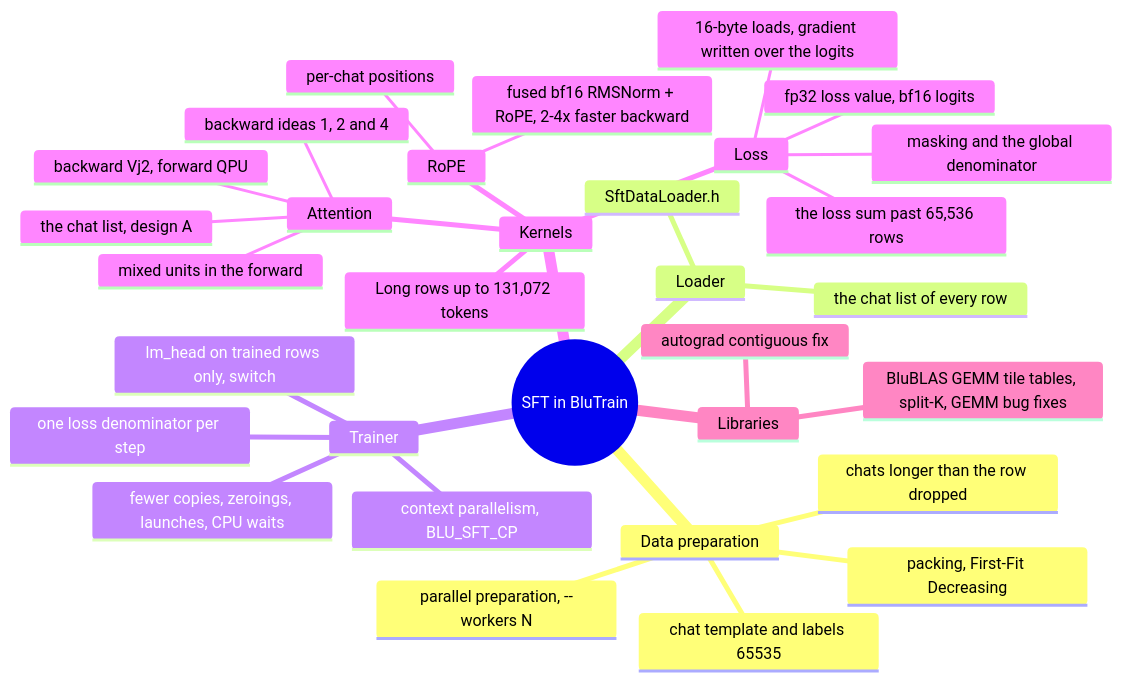
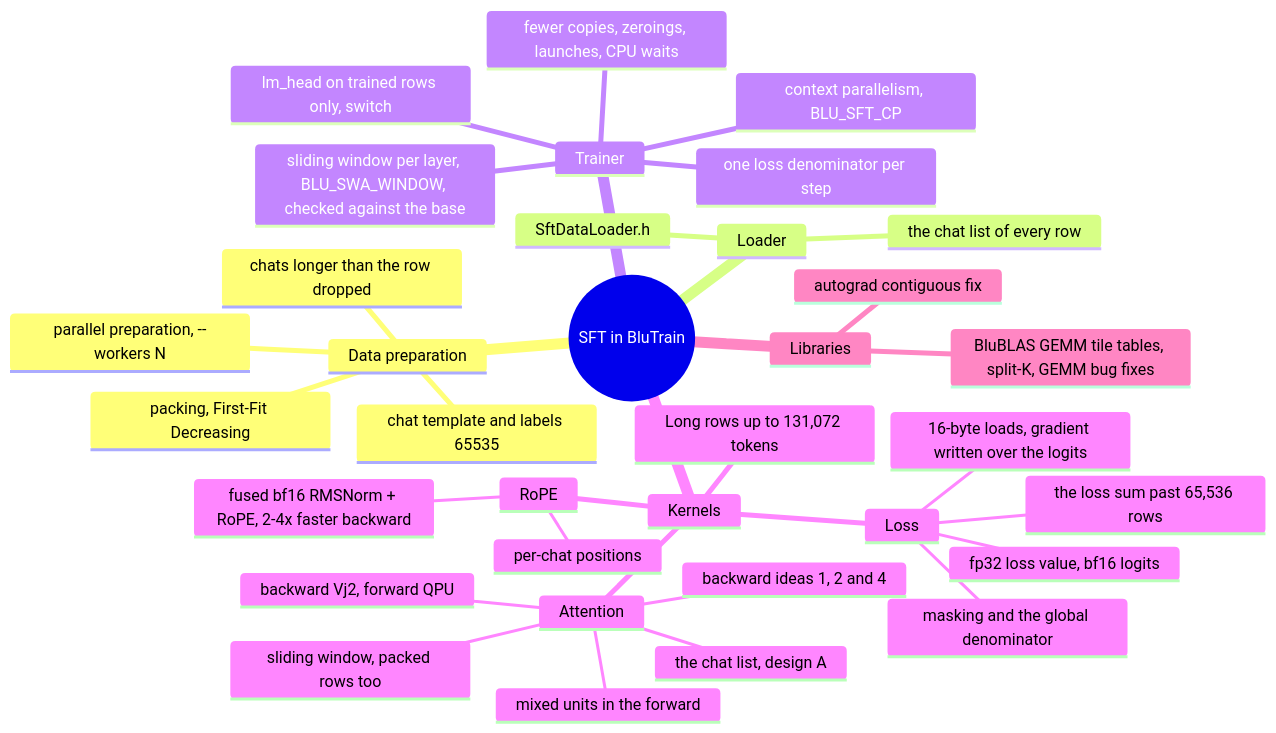
One commit to GOUTHAM1926/Neural_Networks_exp_1926 changed the diagram in work_docs(mark-down - (.md) files ) /SFT_package_2026_10_24/all_sft_optimizations.md. Above: the diagram before and after it, drawn with Mermaid. The commit also changed other lines of this file and 110 other files, not shown here.

Commit message:
work docs 11-19..21: sliding window in SFT (2x2 study incl. arm B, kernel race, CP ladder), SFT package refresh, DPO/RL handover package

````diff
--- a/work_docs(mark-down - (.md) files ) /SFT_package_2026_10_24/all_sft_optimizations.md
+++ b/work_docs(mark-down - (.md) files ) /SFT_package_2026_10_24/all_sft_optimizations.md
@@ -97,35 +108,37 @@
 ```mermaid
 mindmap
   root((SFT in BluTrain))
     Data preparation
       chat template and labels 65535
       packing, First-Fit Decreasing
       chats longer than the row dropped
       parallel preparation, --workers N
     Loader
       SftDataLoader.h
       the chat list of every row
     Trainer
       one loss denominator per step
       lm_head on trained rows only, switch
       context parallelism, BLU_SFT_CP
       fewer copies, zeroings, launches, CPU waits
+      sliding window per layer, BLU_SWA_WINDOW, checked against the base
     Kernels
       Loss
         masking and the global denominator
         fp32 loss value, bf16 logits
         16-byte loads, gradient written over the logits
         the loss sum past 65,536 rows
       RoPE
         per-chat positions
         fused bf16 RMSNorm + RoPE, 2-4x faster backward
       Attention
         the chat list, design A
         backward Vj2, forward QPU
         mixed units in the forward
         backward ideas 1, 2 and 4
+        sliding window, packed rows too
       Long rows up to 131,072 tokens
     Libraries
       BluBLAS GEMM tile tables, split-K, GEMM bug fixes
       autograd contiguous fix
 ```
````
